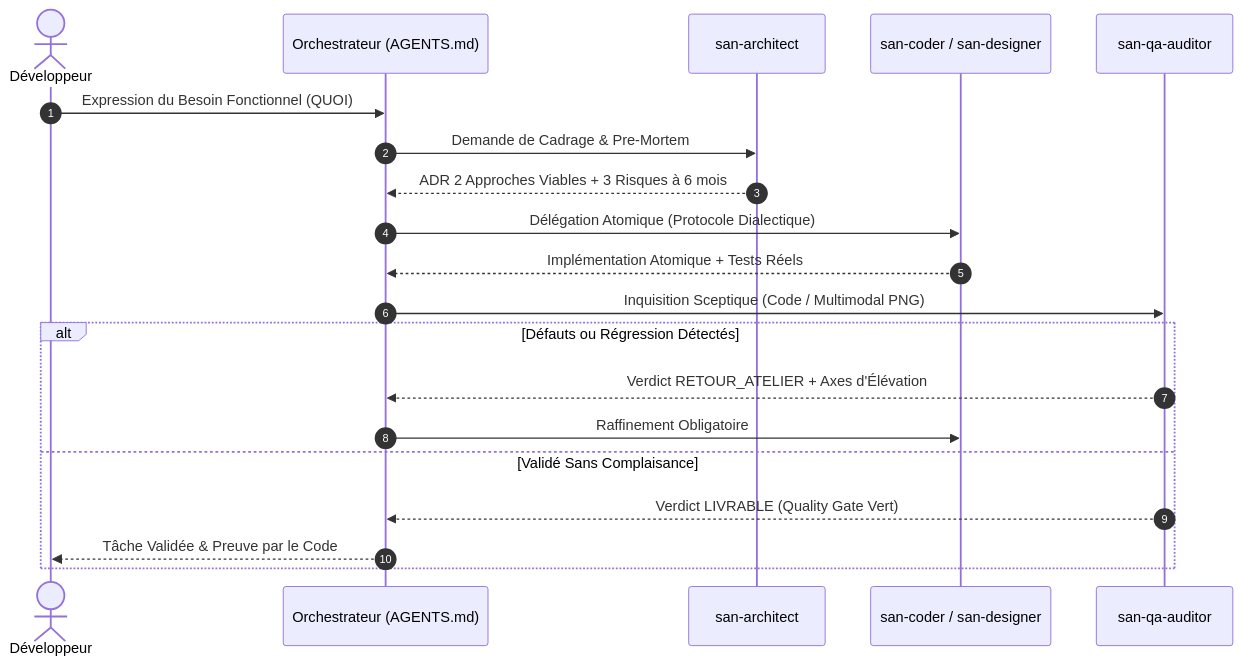
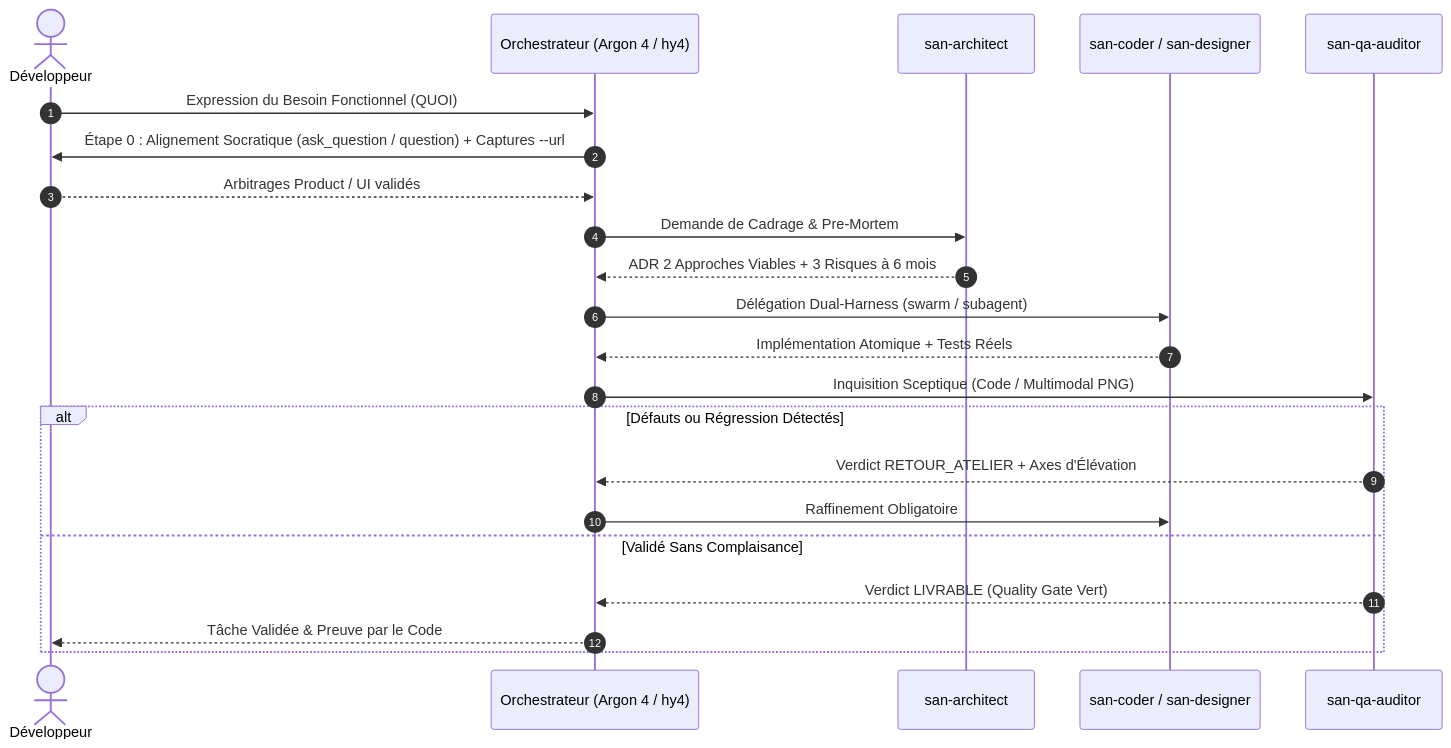
One commit to alexsan-dev/san_agy_framework changed the second of 2 diagrams in README.md. Above: the diagram before and after it, drawn with Mermaid. The commit also changed other lines of this file and 69 other files, not shown here.

Commit message:
release(v2.2.0): dual-harness Antigravity + OpenCode V2, models CLI, san_transcriber & cognitive unshackling

````diff
--- a/README.md
+++ b/README.md
@@ -113,23 +130,25 @@
 ```mermaid
 sequenceDiagram
     autonumber
     actor Dev as Développeur
-    participant Orch as Orchestrateur (AGENTS.md)
+    participant Orch as Orchestrateur (Argon 4 / hy4)
     participant Arch as san-architect
     participant Worker as san-coder / san-designer
     participant QA as san-qa-auditor
 
     Dev->>Orch: Expression du Besoin Fonctionnel (QUOI)
+    Orch->>Dev: Étape 0 : Alignement Socratique (ask_question / question) + Captures --url
+    Dev-->>Orch: Arbitrages Product / UI validés
     Orch->>Arch: Demande de Cadrage & Pre-Mortem
     Arch-->>Orch: ADR 2 Approches Viables + 3 Risques à 6 mois
-    Orch->>Worker: Délégation Atomique (Protocole Dialectique)
+    Orch->>Worker: Délégation Dual-Harness (swarm / subagent)
     Worker-->>Orch: Implémentation Atomique + Tests Réels
     Orch->>QA: Inquisition Sceptique (Code / Multimodal PNG)
     alt Défauts ou Régression Détectés
         QA-->>Orch: Verdict RETOUR_ATELIER + Axes d'Élévation
         Orch->>Worker: Raffinement Obligatoire
     else Validé Sans Complaisance
         QA-->>Orch: Verdict LIVRABLE (Quality Gate Vert)
         Orch-->>Dev: Tâche Validée & Preuve par le Code
     end
 ```
````
